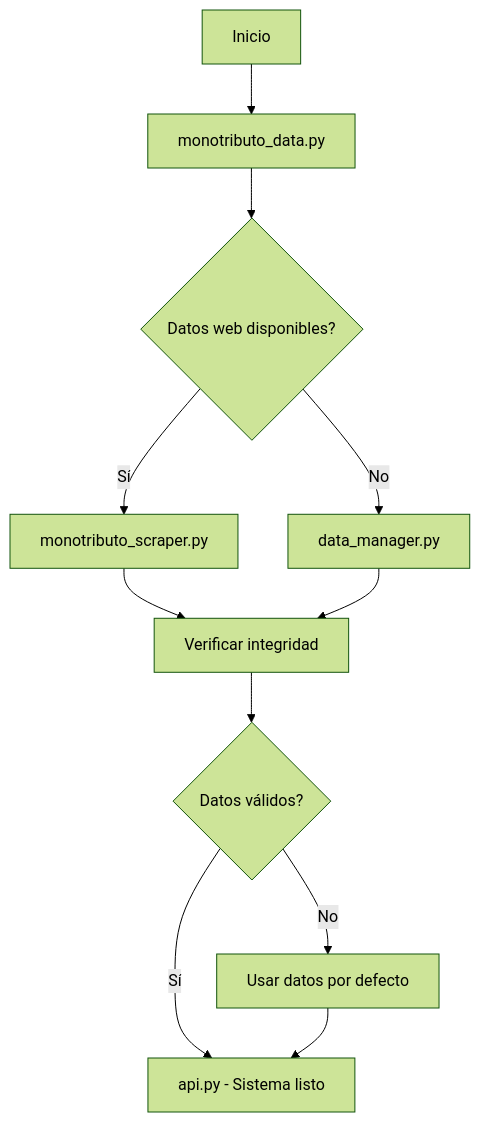
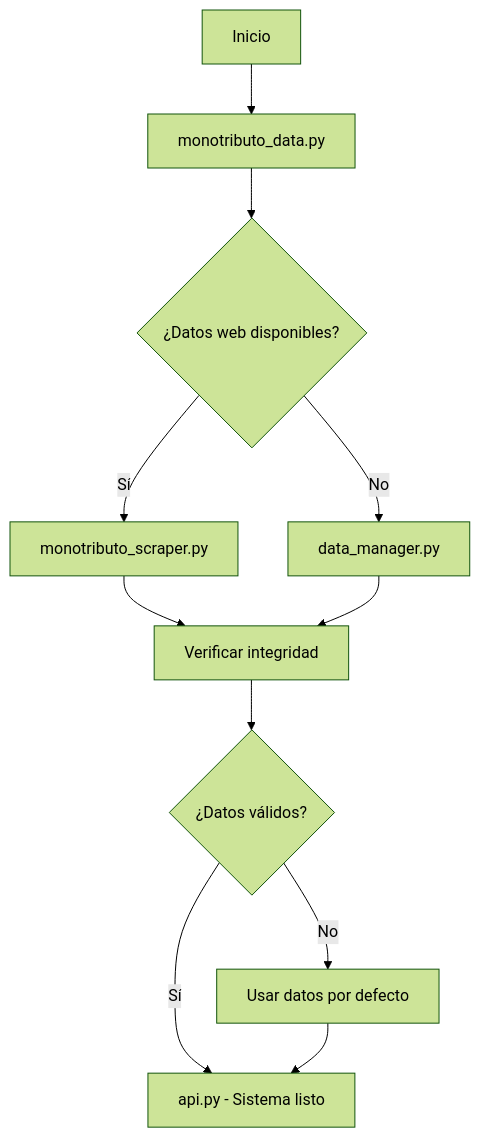
Before and after one commit to darioverdun/Formalizacion_Emprendedor_Local_TDF_Dario_Verdun: the diagram in README.md, drawn with Mermaid (forest theme).

Commit message:
actualización diag. readme

````diff
--- a/README.md
+++ b/README.md
@@ -550,13 +550,13 @@
 ```mermaid
-graph TD
+flowchart TD
     A[Inicio] --> B[monotributo_data.py]
-    B --> C{Datos web disponibles?}
+    B --> C{¿Datos web disponibles?}
     C -->|Sí| D[monotributo_scraper.py]
     C -->|No| E[data_manager.py]
     D --> F[Verificar integridad]
     E --> F
-    F --> G{Datos válidos?}
+    F --> G{¿Datos válidos?}
     G -->|Sí| H[api.py - Sistema listo]
     G -->|No| I[Usar datos por defecto]
     I --> H
 ```
````
